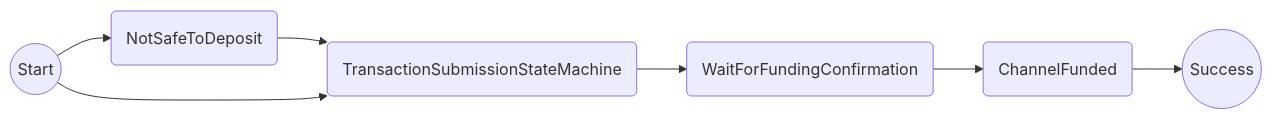
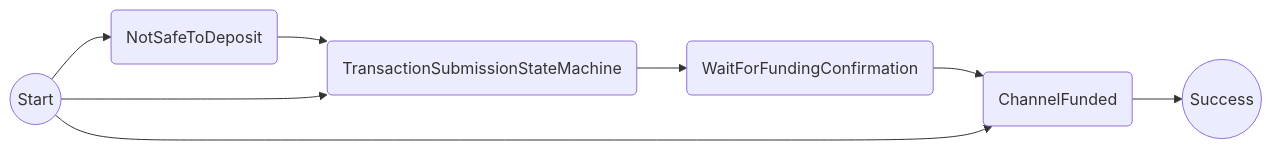
One commit to magmo/apps changed the diagram in packages/wallet/src/redux/protocols/direct-funding/readme.md. Above: the diagram before and after it, drawn with Mermaid. The commit also changed 6 other files, not shown here.

````diff
--- a/packages/wallet/src/redux/protocols/direct-funding/readme.md
+++ b/packages/wallet/src/redux/protocols/direct-funding/readme.md
@@ -11,9 +11,10 @@
 ```mermaid
 graph LR
 ST((Start))-->NSD(NotSafeToDeposit)
 NSD-->TSSM(TransactionSubmissionStateMachine)
 ST-->TSSM
 TSSM-->WFFC(WaitForFundingConfirmation)
 WFFC-->CF(ChannelFunded)
+ST-->CF
 CF-->SC((Success))
 ```
````
